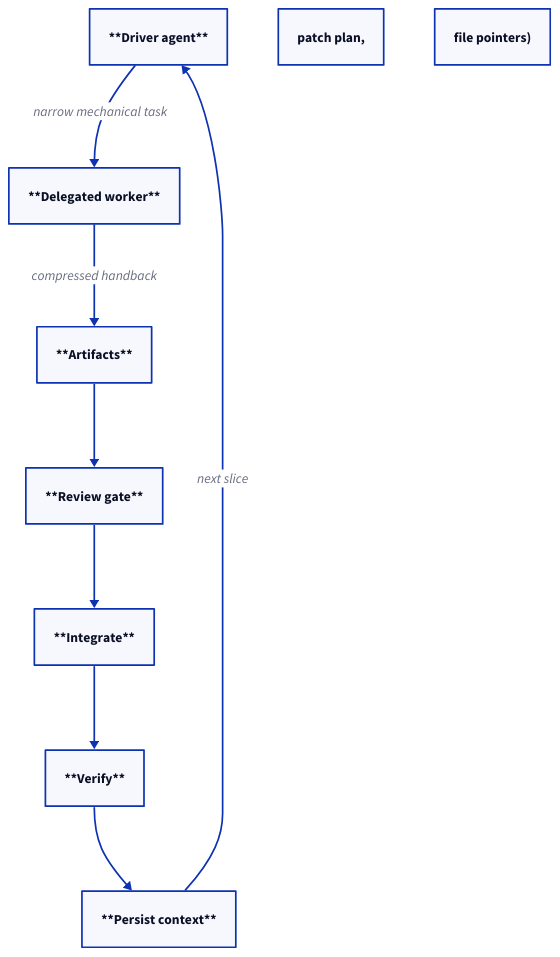
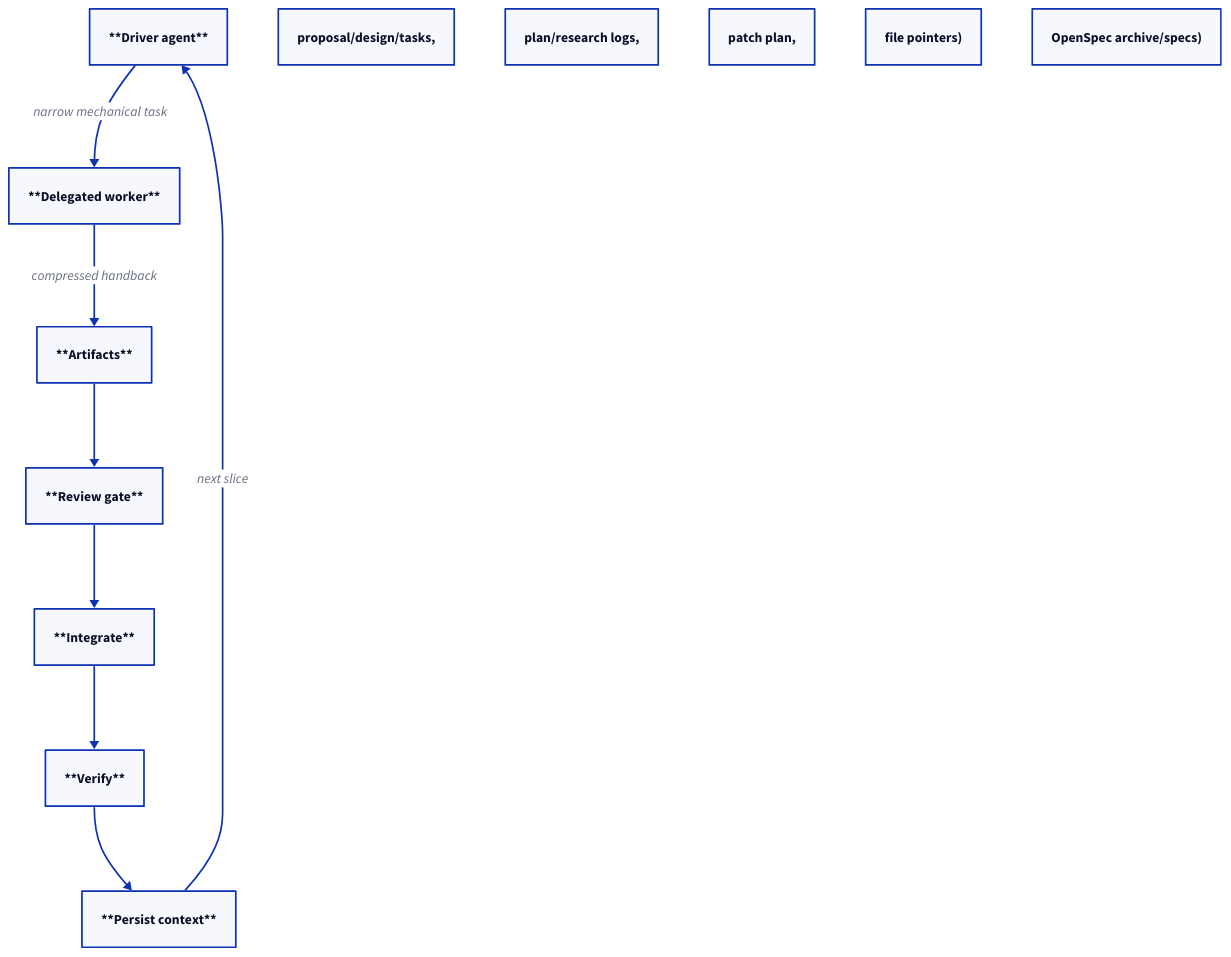
Before and after one commit to cgint/dspy.ex: the diagram in agent/diagrams/way_of_working_delegation.d2, drawn with D2. The commit also changed 4 other files, not shown here.

```diff
--- a/agent/diagrams/way_of_working_delegation.d2
+++ b/agent/diagrams/way_of_working_delegation.d2
@@ -1,31 +1,34 @@
 direction: down
 
 Driver: **Driver agent**
 
 Delegate: **Delegated worker**
 (automation / sub-agent)
 
 Artifacts: **Artifacts**
-(plan/research logs,
+(OpenSpec change
+proposal/design/tasks,
+plan/research logs,
 patch plan,
 file pointers)
 
 Review: **Review gate**
 (compress + sanity check)
 
 Integrate: **Integrate**
 (edit code/docs)
 
 Verify: **Verify**
 (precommit/tests)
 
 Persist: **Persist context**
-(MEMORY/STATUS/RELEASES)
+(MEMORY/STATUS/RELEASES,
+OpenSpec archive/specs)
 
 Driver -> Delegate: narrow mechanical task
 Delegate -> Artifacts: compressed handback
 Artifacts -> Review
 Review -> Integrate
 Integrate -> Verify
 Verify -> Persist
 Persist -> Driver: next slice
```
